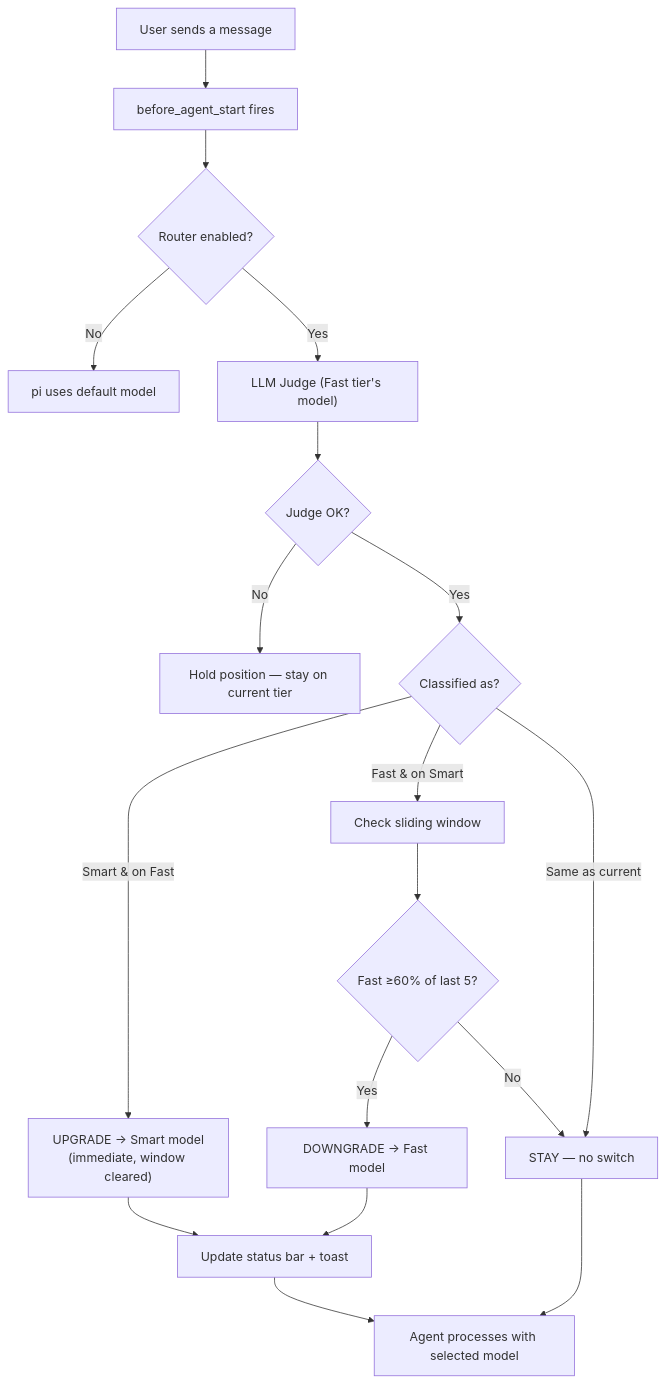
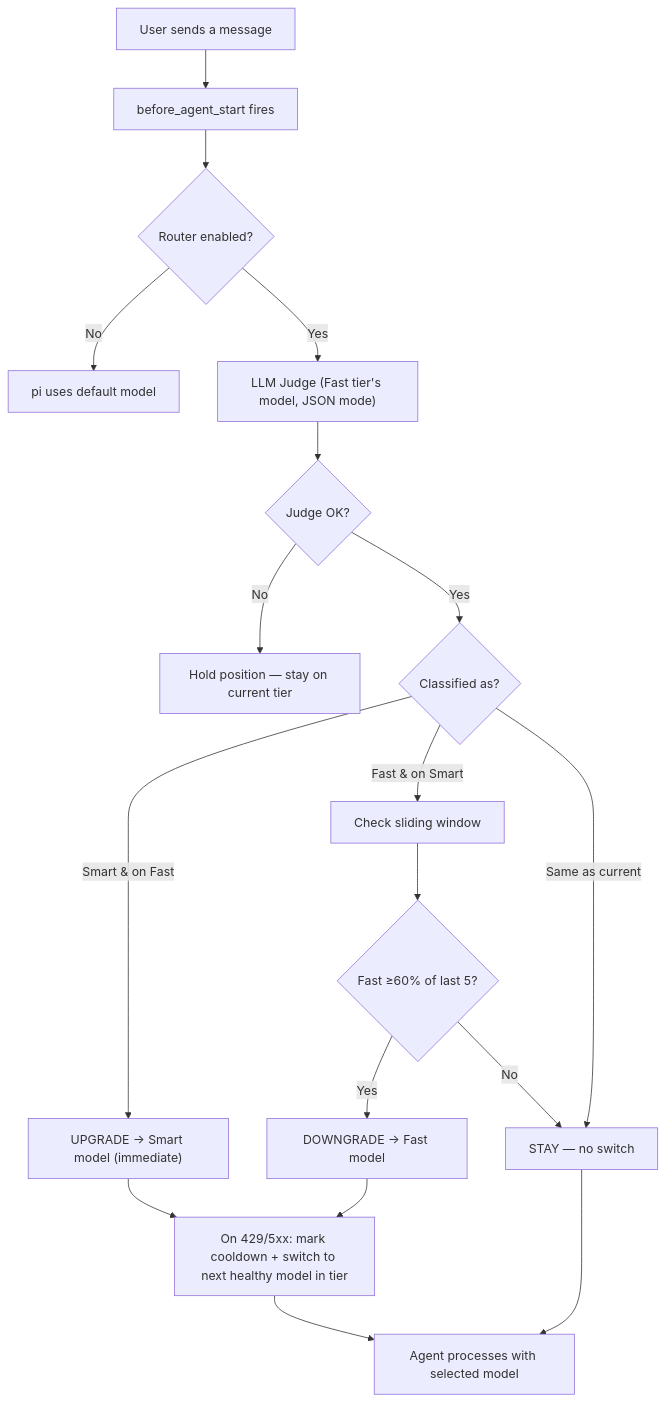
The diagram in README.md (Groveer/pi-shift-router), drawn with Mermaid before and after one commit. The commit also changed other lines of this file and 19 other files, not shown here.

````diff
--- a/README.md
+++ b/README.md
@@ -157,25 +116,20 @@
 ```mermaid
 flowchart TD
     Input["User sends a message"]
     Input --> Hook["before_agent_start fires"]
     Hook --> Enabled{"Router enabled?"}
     Enabled -->|No| Skip["pi uses default model"]
-    Enabled -->|Yes| Judge["LLM Judge (Fast tier's model)"]
+    Enabled -->|Yes| Judge["LLM Judge (Fast tier's model, JSON mode)"]
     Judge --> Fail{"Judge OK?"}
     Fail -->|No| Fallback["Hold position — stay on current tier"]
     Fail -->|Yes| Decide
-
     Decide{"Classified as?"}
-    Decide -->|Smart & on Fast| Upgrade["UPGRADE → Smart model<br/>(immediate, window cleared)"]
+    Decide -->|Smart & on Fast| Upgrade["UPGRADE → Smart model (immediate)"]
     Decide -->|Fast & on Smart| Trend["Check sliding window"]
     Decide -->|Same as current| Stay["STAY — no switch"]
-
     Trend --> Stable{"Fast ≥60% of last 5?"}
     Stable -->|Yes| Down["DOWNGRADE → Fast model"]
     Stable -->|No| Stay
-
-    Upgrade --> Notify["Update status bar + toast"]
-    Down --> Notify
-    Stay --> Done["Agent processes with selected model"]
-    Notify --> Done
+    Upgrade & Down --> Failover["On 429/5xx: mark cooldown + switch to next healthy model in tier"]
+    Failover & Stay --> Done["Agent processes with selected model"]
 ```
````
